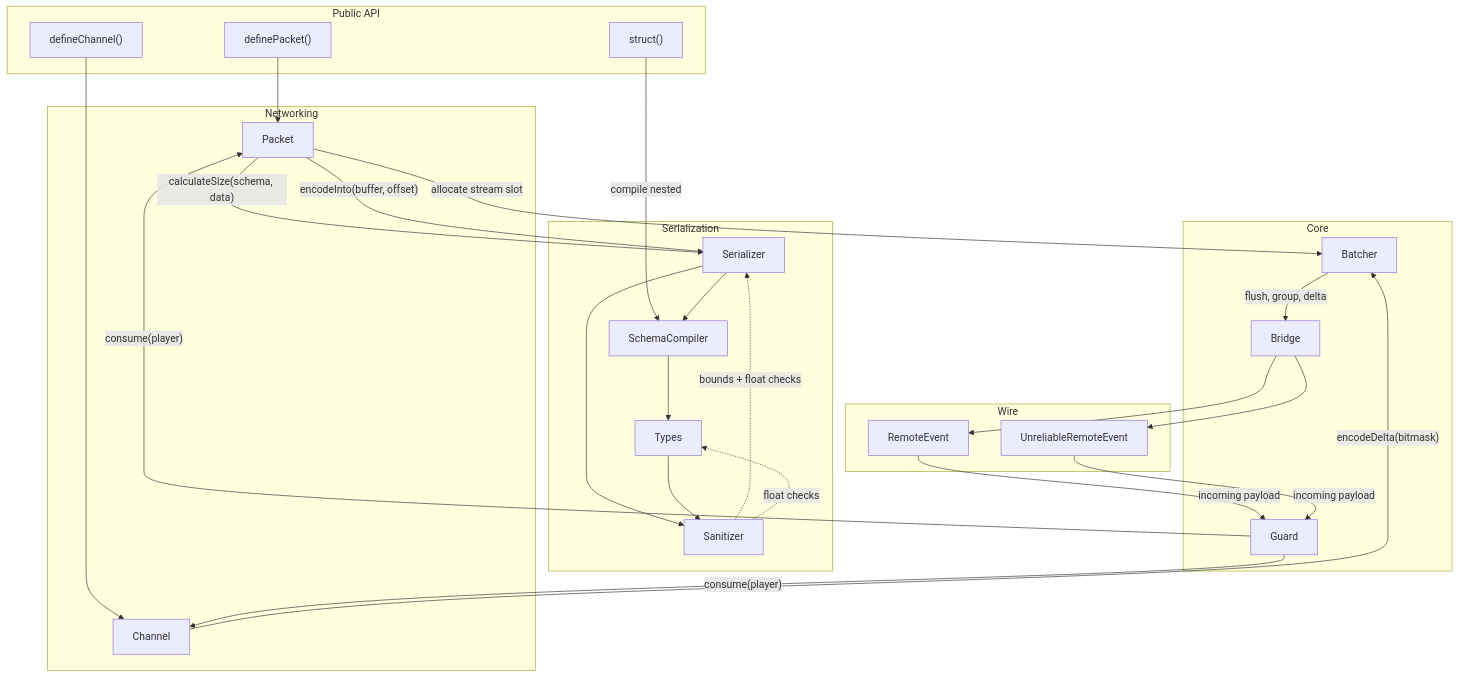
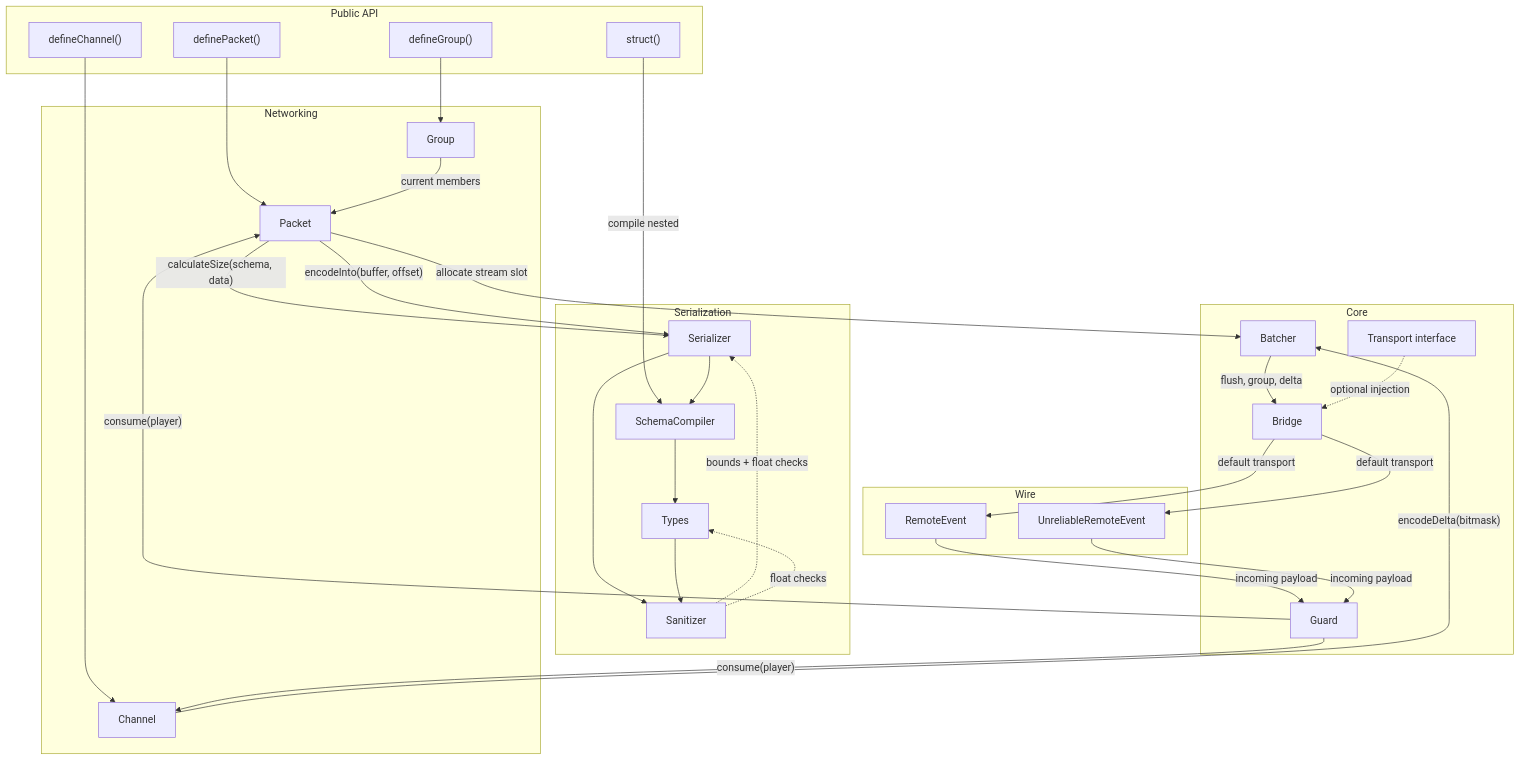
The diagram in README.md (bookek/satset), drawn with Mermaid before and after one commit. The commit also changed other lines of this file and 97 other files, not shown here.

Commit message:
feat: add groups and transport interface (#31)

````diff
--- a/README.md
+++ b/README.md
@@ -84,59 +85,65 @@
 ```mermaid
 flowchart TB
     subgraph API["Public API"]
         DP["definePacket()"]
+        DG["defineGroup()"]
         DC["defineChannel()"]
         ST["struct()"]
     end
 
     subgraph Serialization
         SC["SchemaCompiler"]
         SR["Serializer"]
         SN["Sanitizer"]
         TP["Types"]
     end
 
     subgraph Core
         BT["Batcher"]
         GD["Guard"]
         BR["Bridge"]
+        TR["Transport interface"]
     end
 
     subgraph Networking
         PK["Packet"]
+        GR["Group"]
         CH["Channel"]
     end
 
     subgraph Transport["Wire"]
         RE["RemoteEvent"]
         URE["UnreliableRemoteEvent"]
     end
 
     DP --> PK
+    DG --> GR
     DC --> CH
+    GR -->|"current members"| PK
 
     PK -->|"calculateSize(schema, data)"| SR
     ST -->|"compile nested"| SC
     SR --> SC
     SR --> SN
     SC --> TP
     TP --> SN
 
     PK -->|"allocate stream slot"| BT
     PK -->|"encodeInto(buffer, offset)"| SR
     CH -->|"encodeDelta(bitmask)"| BT
 
     BT -->|"flush, group, delta"| BR
+    TR -.->|"optional injection"| BR
 
-    BR --> RE
-    BR --> URE
+    BR -->|"default transport"| RE
+    BR -->|"default transport"| URE
 
     RE -->|"incoming payload"| GD
     URE -->|"incoming payload"| GD
 
     GD -->|"consume(player)"| PK
     GD -->|"consume(player)"| CH
 
     SN -.->|"bounds + float checks"| SR
     SN -.->|"float checks"| TP
 ```
````
